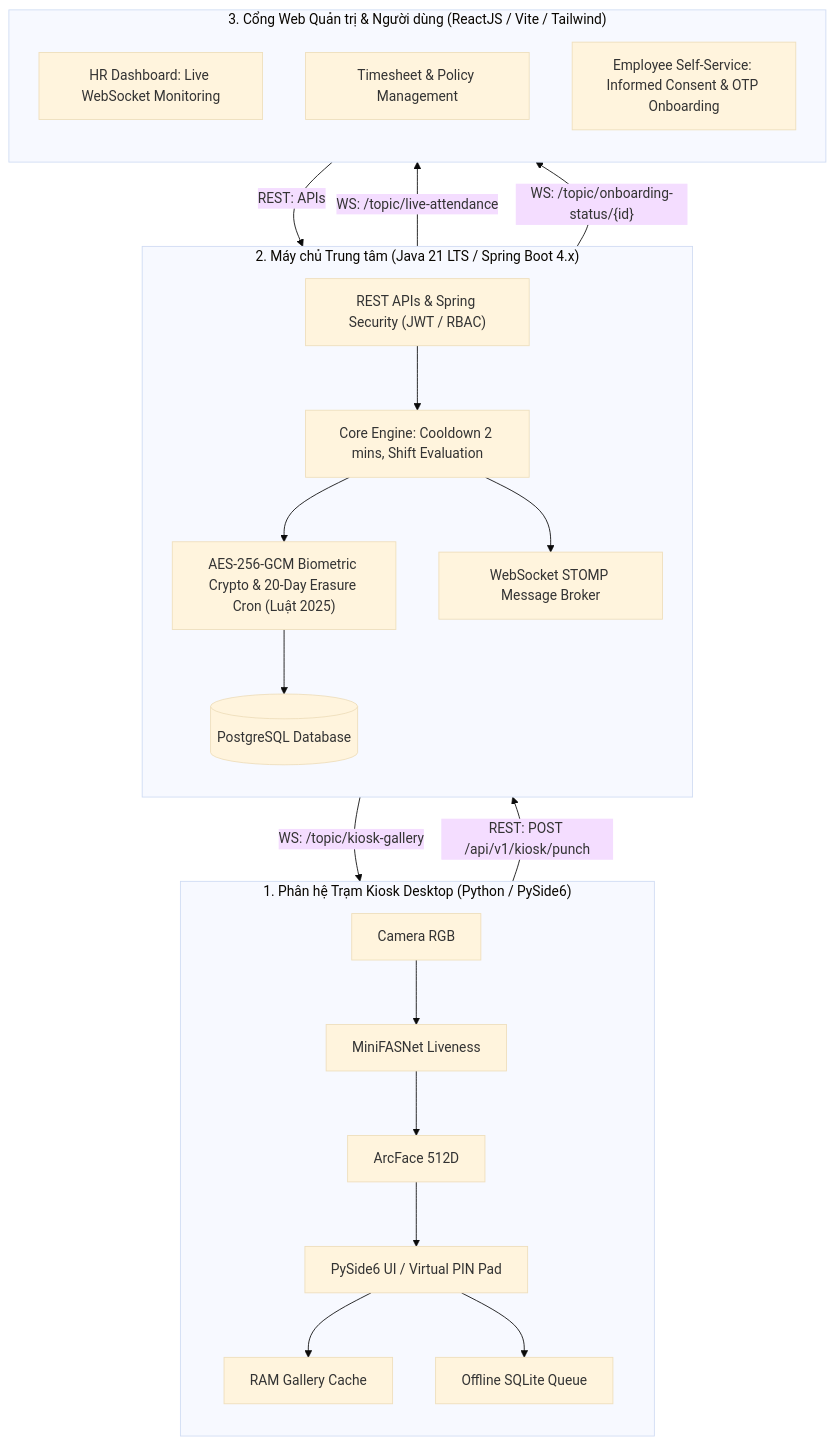
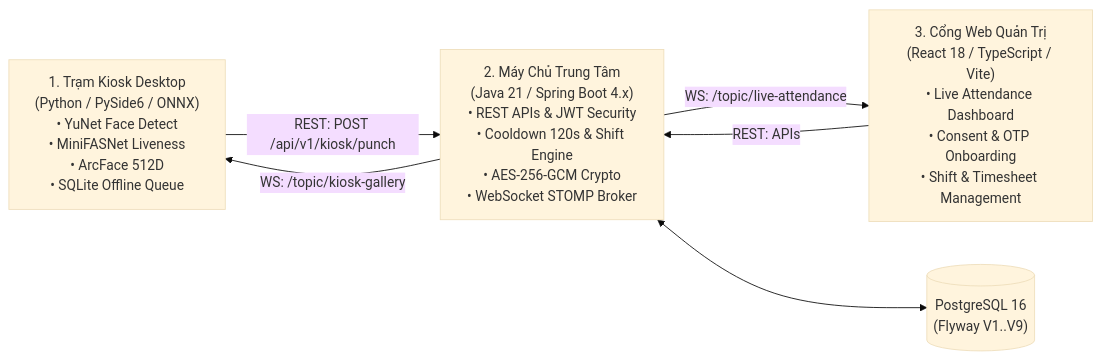
The diagram in README.md (nvdung250405/face-attendance-system), drawn with Mermaid (base theme) before and after one commit. The commit also changed other lines of this file and 85 other files, not shown here.

````diff
--- a/README.md
+++ b/README.md
@@ -49,35 +46,16 @@
 ```mermaid
-flowchart TB
-    subgraph KioskNode["1. Phân hệ Trạm Kiosk Desktop (Python / PySide6)"]
-        direction TB
-        Cam["Camera RGB"] --> FAS["MiniFASNet Liveness"]
-        FAS --> Arc["ArcFace 512D"]
-        Arc --> KioskUI["PySide6 UI / Virtual PIN Pad"]
-        KioskUI --> Cache["RAM Gallery Cache"]
-        KioskUI --> SQLite["Offline SQLite Queue"]
-    end
+flowchart LR
+    Kiosk["1. Trạm Kiosk Desktop<br/>(Python / PySide6 / ONNX)<br/>• YuNet Face Detect<br/>• MiniFASNet Liveness<br/>• ArcFace 512D<br/>• SQLite Offline Queue"]
+    
+    BE["2. Máy Chủ Trung Tâm<br/>(Java 21 / Spring Boot 4.x)<br/>• REST APIs & JWT Security<br/>• Cooldown 120s & Shift Engine<br/>• AES-256-GCM Crypto<br/>• WebSocket STOMP Broker"]
+    
+    Web["3. Cổng Web Quản Trị<br/>(React 18 / TypeScript / Vite)<br/>• Live Attendance Dashboard<br/>• Consent & OTP Onboarding<br/>• Shift & Timesheet Management"]
 
-    subgraph BackendNode["2. Máy chủ Trung tâm (Java 21 LTS / Spring Boot 4.x)"]
-        direction TB
-        Sec["REST APIs & Spring Security (JWT / RBAC)"]
-        Engine["Core Engine: Cooldown 2 mins, Shift Evaluation"]
-        Crypto["AES-256-GCM Biometric Crypto & 20-Day Erasure Cron (Luật 2025)"]
-        Broker["WebSocket STOMP Message Broker"]
-        DB[("PostgreSQL Database")]
-        Sec --> Engine --> Crypto --> DB
-        Engine --> Broker
-    end
+    DB[("PostgreSQL 16<br/>(Flyway V1..V9)")]
 
-    subgraph WebNode["3. Cổng Web Quản trị & Người dùng (ReactJS / Vite / Tailwind)"]
-        direction TB
-        Dash["HR Dashboard: Live WebSocket Monitoring"]
-        Time["Timesheet & Policy Management"]
-        Self["Employee Self-Service: Informed Consent & OTP Onboarding"]
-    end
-
-    KioskNode -->|"REST: POST /api/v1/kiosk/punch"| BackendNode
-    BackendNode -->|"WS: /topic/kiosk-gallery"| KioskNode
-    BackendNode -->|"WS: /topic/live-attendance"| WebNode
-    BackendNode -->|"WS: /topic/onboarding-status/{id}"| WebNode
-    WebNode -->|"REST: APIs"| BackendNode
+    Kiosk -->|"REST: POST /api/v1/kiosk/punch"| BE
+    BE -->|"WS: /topic/kiosk-gallery"| Kiosk
+    BE -->|"WS: /topic/live-attendance"| Web
+    Web -->|"REST: APIs"| BE
+    BE <--> DB
 ```
````
